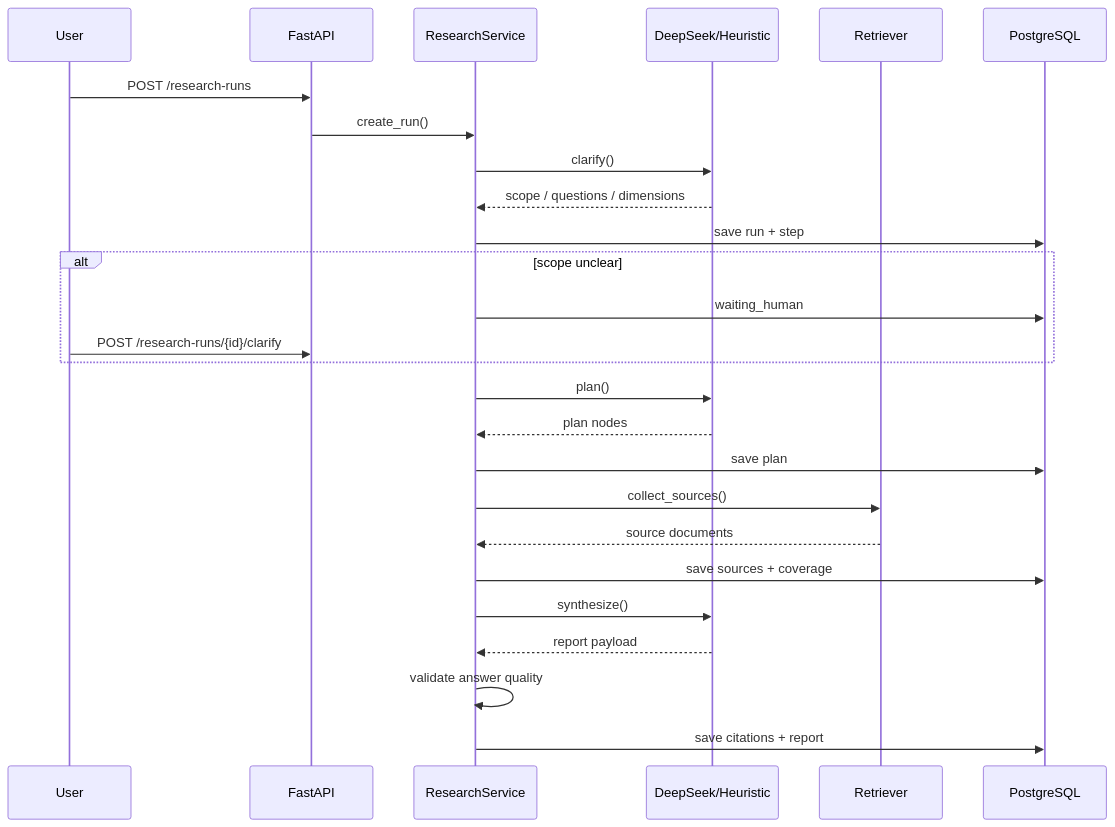
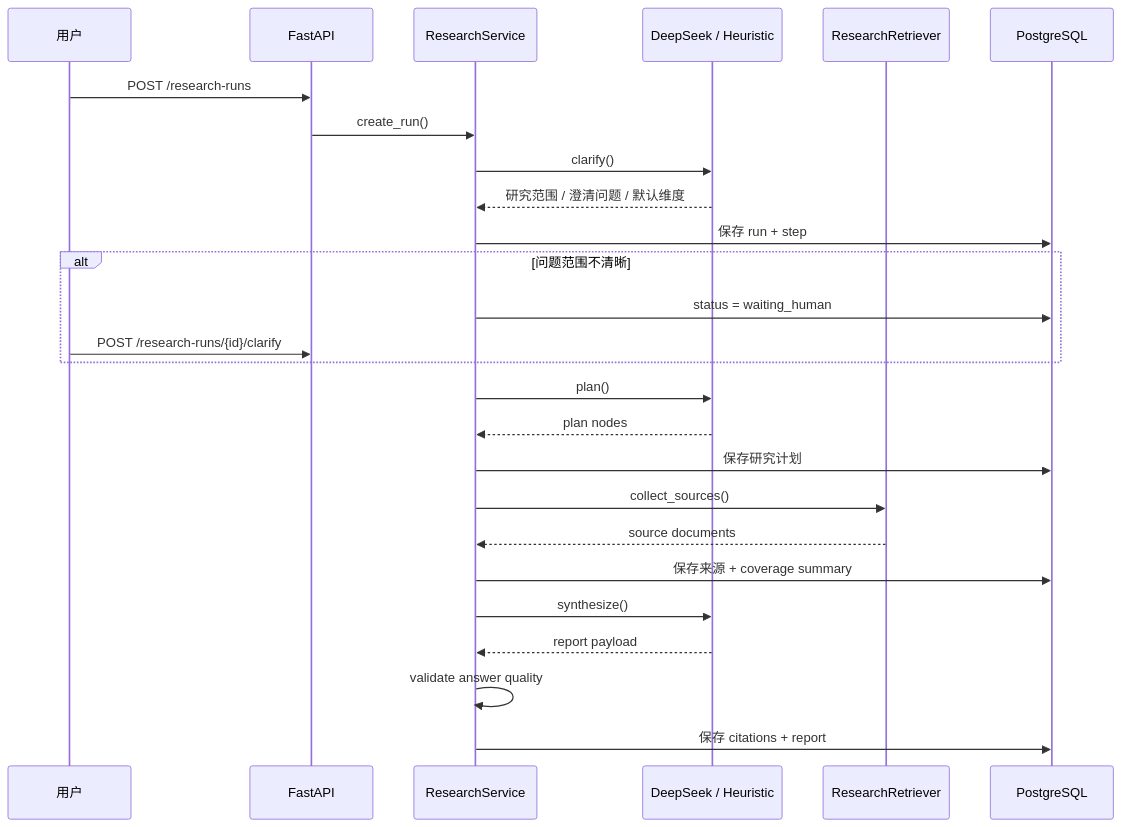
The second of 2 diagrams in README.md (riveeji/SignalDesk-deep-searching), drawn with Mermaid before and after one commit. The commit also changed other lines of this file and 4 other files, not shown here.

````diff
--- a/README.md
+++ b/README.md
@@ -55,33 +60,33 @@
 ```mermaid
 sequenceDiagram
-    participant User
+    participant User as 用户
     participant API as FastAPI
     participant SVC as ResearchService
-    participant LLM as DeepSeek/Heuristic
-    participant RET as Retriever
+    participant LLM as DeepSeek / Heuristic
+    participant RET as ResearchRetriever
     participant DB as PostgreSQL
 
     User->>API: POST /research-runs
     API->>SVC: create_run()
     SVC->>LLM: clarify()
-    LLM-->>SVC: scope / questions / dimensions
-    SVC->>DB: save run + step
+    LLM-->>SVC: 研究范围 / 澄清问题 / 默认维度
+    SVC->>DB: 保存 run + step
 
-    alt scope unclear
-        SVC->>DB: waiting_human
+    alt 问题范围不清晰
+        SVC->>DB: status = waiting_human
         User->>API: POST /research-runs/{id}/clarify
     end
 
     SVC->>LLM: plan()
     LLM-->>SVC: plan nodes
-    SVC->>DB: save plan
+    SVC->>DB: 保存研究计划
 
     SVC->>RET: collect_sources()
     RET-->>SVC: source documents
-    SVC->>DB: save sources + coverage
+    SVC->>DB: 保存来源 + coverage summary
 
     SVC->>LLM: synthesize()
     LLM-->>SVC: report payload
     SVC->>SVC: validate answer quality
-    SVC->>DB: save citations + report
+    SVC->>DB: 保存 citations + report
 ```
````
